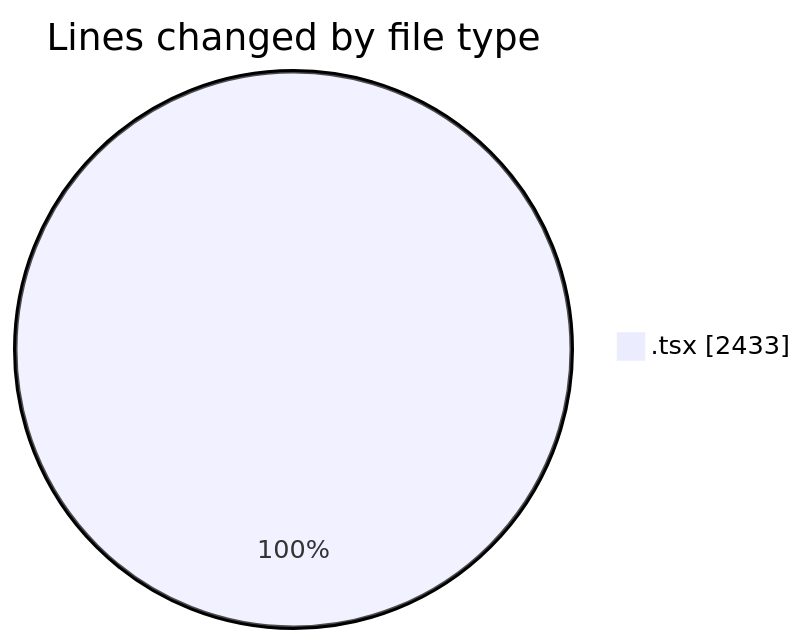
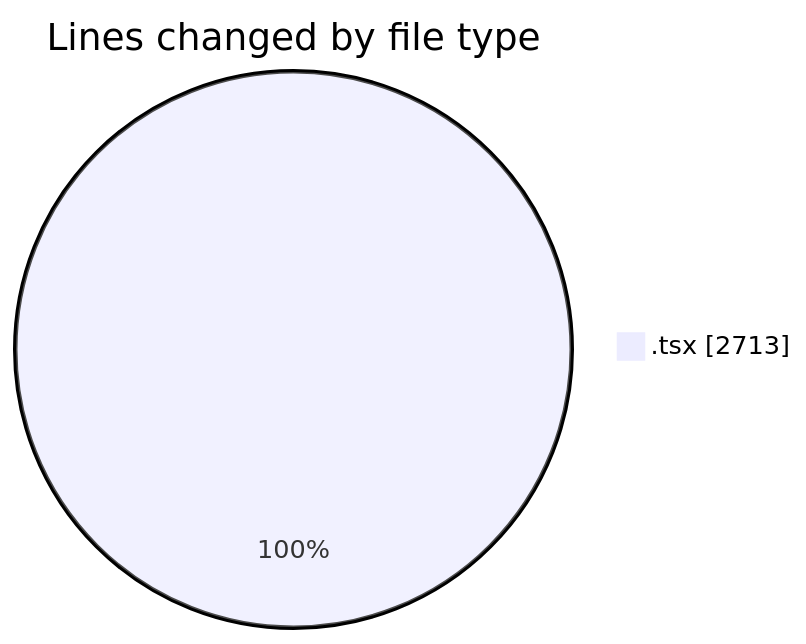
The first of 2 diagrams in 2025-10-19/scopecraft/README.md (Ritupan-Deka/code-tracking), drawn with Mermaid before and after one commit. The commit also changed other lines of this file and 1 other file, not shown here.

````diff
--- a/2025-10-19/scopecraft/README.md
+++ b/2025-10-19/scopecraft/README.md
@@ -27,5 +27,5 @@
 ```mermaid
 pie showData
 title Lines changed by file type
-".tsx" : 2433
+".tsx" : 2713
 ```
````
